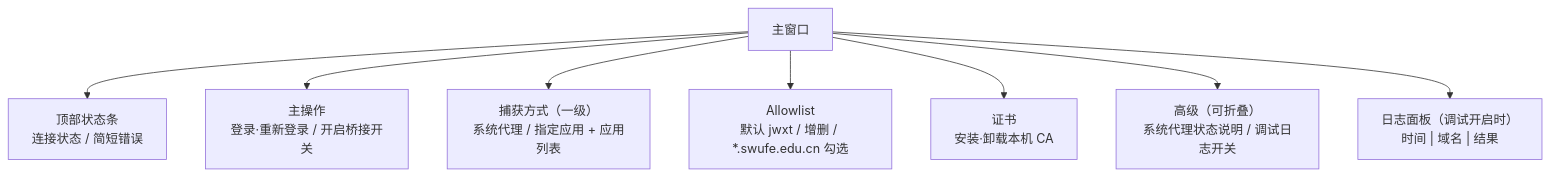
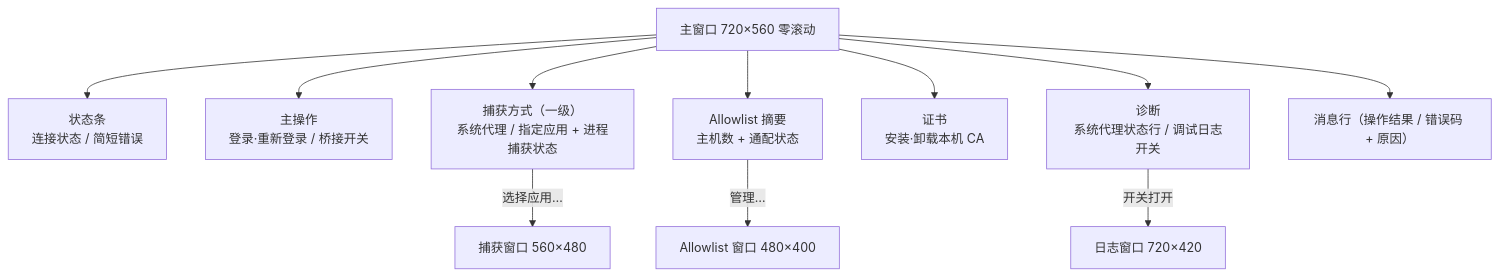
Before and after one commit to cherrchen/swufe-webvpn-codec: the diagram in docs/ui-ux/main-window.md, drawn with Mermaid. The commit also changed other lines of this file and 39 other files, not shown here.

````diff
--- a/docs/ui-ux/main-window.md
+++ b/docs/ui-ux/main-window.md
@@ -15,10 +23,13 @@
 ```mermaid
 flowchart TD
-    W["主窗口"] --> S["顶部状态条<br/>连接状态 / 简短错误"]
-    W --> M["主操作<br/>登录·重新登录 / 开启桥接开关"]
-    W --> CM["捕获方式（一级）<br/>系统代理 / 指定应用 + 应用列表"]
-    W --> A["Allowlist<br/>默认 jwxt / 增删 / *.swufe.edu.cn 勾选"]
+    W["主窗口 720×560 零滚动"] --> S["状态条<br/>连接状态 / 简短错误"]
+    W --> M["主操作<br/>登录·重新登录 / 桥接开关"]
+    W --> CM["捕获方式（一级）<br/>系统代理 / 指定应用 + 进程捕获状态"]
+    CM -->|"选择应用…"| CAP["捕获窗口 560×480"]
+    W --> A["Allowlist 摘要<br/>主机数 + 通配状态"]
+    A -->|"管理…"| AL["Allowlist 窗口 480×400"]
     W --> C["证书<br/>安装·卸载本机 CA"]
-    W --> D["高级（可折叠）<br/>系统代理状态说明 / 调试日志开关"]
-    W --> L["日志面板（调试开启时）<br/>时间 | 域名 | 结果"]
+    W --> D["诊断<br/>系统代理状态行 / 调试日志开关"]
+    D -->|"开关打开"| LOG["日志窗口 720×420"]
+    W --> MSG["消息行（操作结果 / 错误码 + 原因）"]
 ```
````
